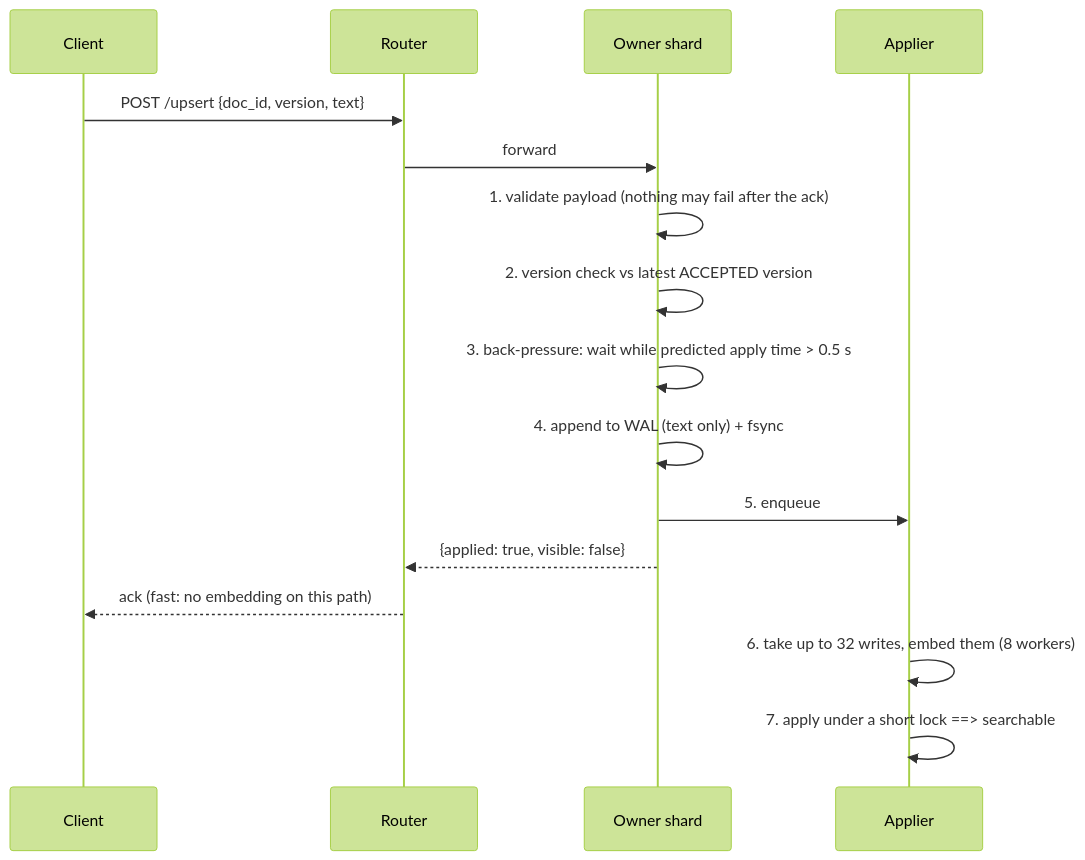
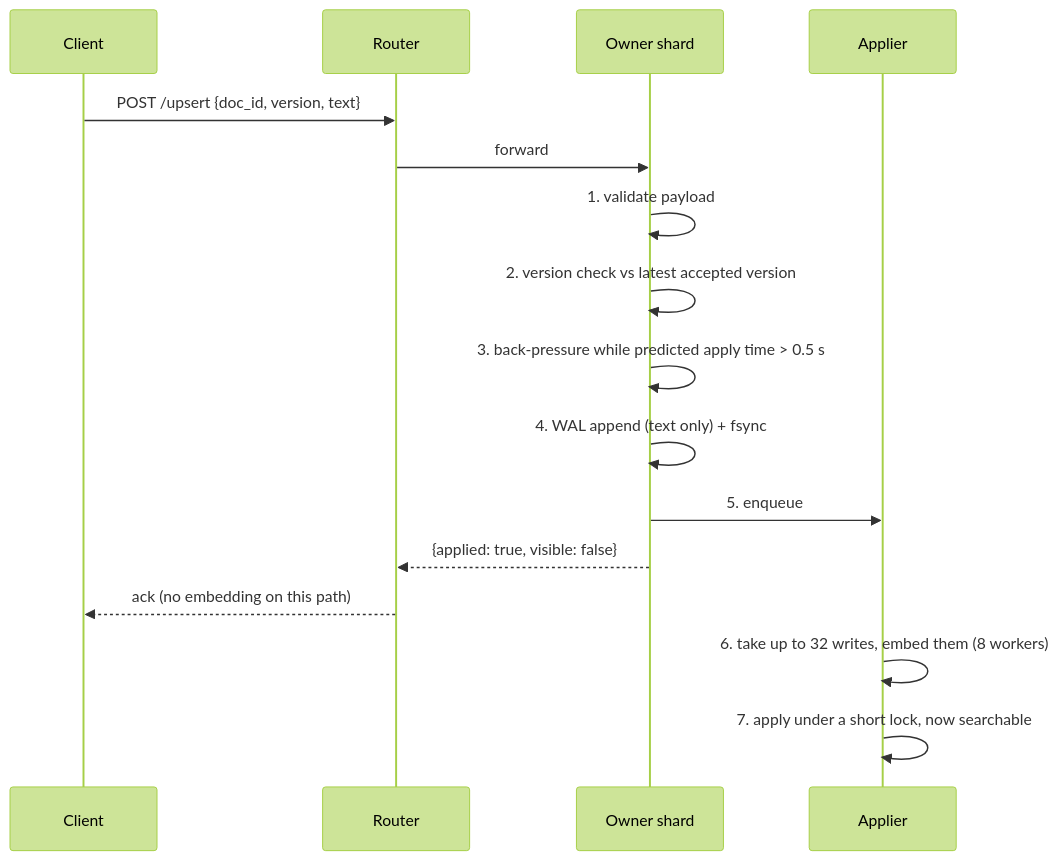
One commit to node31/fiqa-agentic-retrieval changed the second of 2 diagrams in docs/09_live_updates_consistency.md. Above: the diagram before and after it, drawn with Mermaid (forest theme). The commit also changed other lines of this file and 38 other files, not shown here.

````diff
--- a/docs/09_live_updates_consistency.md
+++ b/docs/09_live_updates_consistency.md
@@ -65,18 +52,18 @@
 ```mermaid
 sequenceDiagram
   participant C as Client
   participant R as Router
   participant S as Owner shard
   participant Q as Applier
   C->>R: POST /upsert {doc_id, version, text}
   R->>S: forward
-  S->>S: 1. validate payload (nothing may fail after the ack)
-  S->>S: 2. version check vs latest ACCEPTED version
-  S->>S: 3. back-pressure: wait while predicted apply time > 0.5 s
-  S->>S: 4. append to WAL (text only) + fsync
+  S->>S: 1. validate payload
+  S->>S: 2. version check vs latest accepted version
+  S->>S: 3. back-pressure while predicted apply time > 0.5 s
+  S->>S: 4. WAL append (text only) + fsync
   S->>Q: 5. enqueue
   S-->>R: {applied: true, visible: false}
-  R-->>C: ack (fast: no embedding on this path)
+  R-->>C: ack (no embedding on this path)
   Q->>Q: 6. take up to 32 writes, embed them (8 workers)
-  Q->>Q: 7. apply under a short lock ==> searchable
+  Q->>Q: 7. apply under a short lock, now searchable
 ```
````
